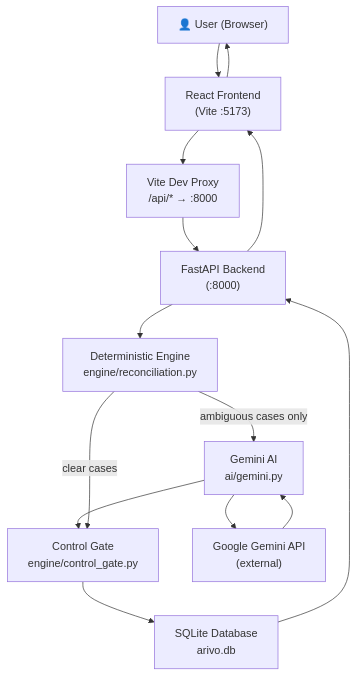
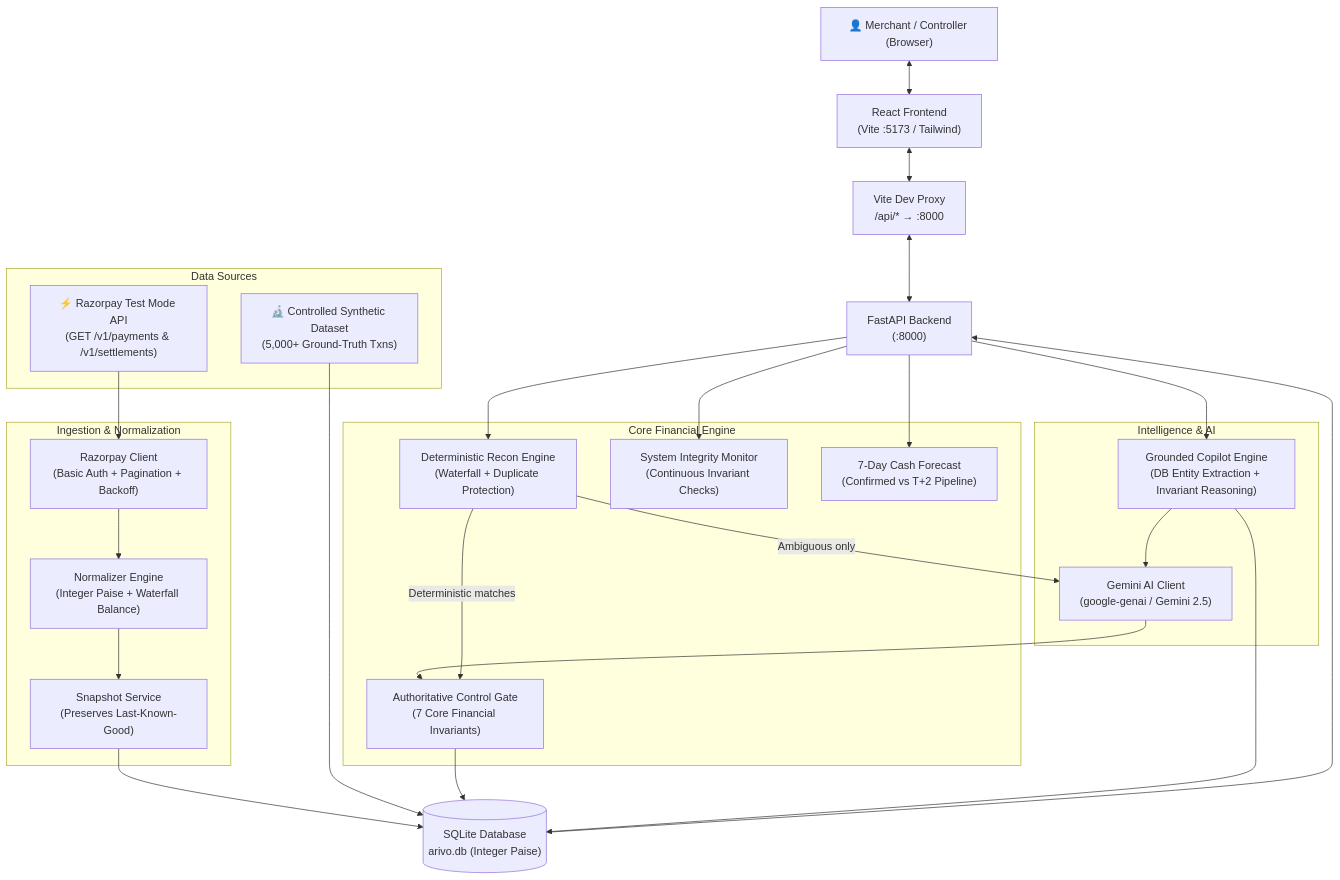
The diagram in docs/ARCHITECTURE.md (SanTiwari07/Aviro), drawn with Mermaid before and after one commit. The commit also changed other lines of this file and 30 other files, not shown here.

Commit message:
implement authoritative control gate, add settlement dashboard, and integrate financial forecasting tools

````diff
--- a/docs/ARCHITECTURE.md
+++ b/docs/ARCHITECTURE.md
@@ -11,23 +19,52 @@
 ```mermaid
 flowchart TD
-    User["👤 User (Browser)"]
-    UI["React Frontend\n(Vite :5173)"]
+    User["👤 Merchant / Controller (Browser)"]
+    UI["React Frontend\n(Vite :5173 / Tailwind)"]
     Proxy["Vite Dev Proxy\n/api/* → :8000"]
     API["FastAPI Backend\n(:8000)"]
-    Engine["Deterministic Engine\nengine/reconciliation.py"]
-    Gate["Control Gate\nengine/control_gate.py"]
-    Gemini["Gemini AI\nai/gemini.py"]
-    DB["SQLite Database\narivo.db"]
-    GeminiAPI["Google Gemini API\n(external)"]
 
-    User --> UI
-    UI --> Proxy --> API
+    subgraph Data Sources
+        Synth["🔬 Controlled Synthetic Dataset\n(5,000+ Ground-Truth Txns)"]
+        RzpAPI["⚡ Razorpay Test Mode API\n(GET /v1/payments & /v1/settlements)"]
+    end
+
+    subgraph Ingestion & Normalization
+        Client["Razorpay Client\n(Basic Auth + Pagination + Backoff)"]
+        Normalizer["Normalizer Engine\n(Integer Paise + Waterfall Balance)"]
+        Snapshot["Snapshot Service\n(Preserves Last-Known-Good)"]
+    end
+
+    subgraph Core Financial Engine
+        Engine["Deterministic Recon Engine\n(Waterfall + Duplicate Protection)"]
+        Gate["Authoritative Control Gate\n(7 Core Financial Invariants)"]
+        Health["System Integrity Monitor\n(Continuous Invariant Checks)"]
+        Forecast["7-Day Cash Forecast\n(Confirmed vs T+2 Pipeline)"]
+    end
+
+    subgraph Intelligence & AI
+        Gemini["Gemini AI Client\n(google-genai / Gemini 2.5)"]
+        Ask["Grounded Copilot Engine\n(DB Entity Extraction + Invariant Reasoning)"]
+    end
+
+    DB[("SQLite Database\narivo.db (Integer Paise)")]
+
+    User <--> UI
+    UI <--> Proxy <--> API
+
+    RzpAPI --> Client --> Normalizer --> Snapshot --> DB
+    Synth --> DB
+
     API --> Engine
-    Engine -->|"ambiguous cases only"| Gemini
-    Gemini --> GeminiAPI
-    GeminiAPI --> Gemini
+    Engine -->|"Ambiguous only"| Gemini
     Gemini --> Gate
-    Engine -->|"clear cases"| Gate
+    Engine -->|"Deterministic matches"| Gate
     Gate --> DB
-    DB --> API --> UI --> User
+
+    API --> Forecast
+    API --> Health
+    API --> Ask
+    Ask --> DB
+    Ask --> Gemini
+
+    DB --> API
 ```
````
